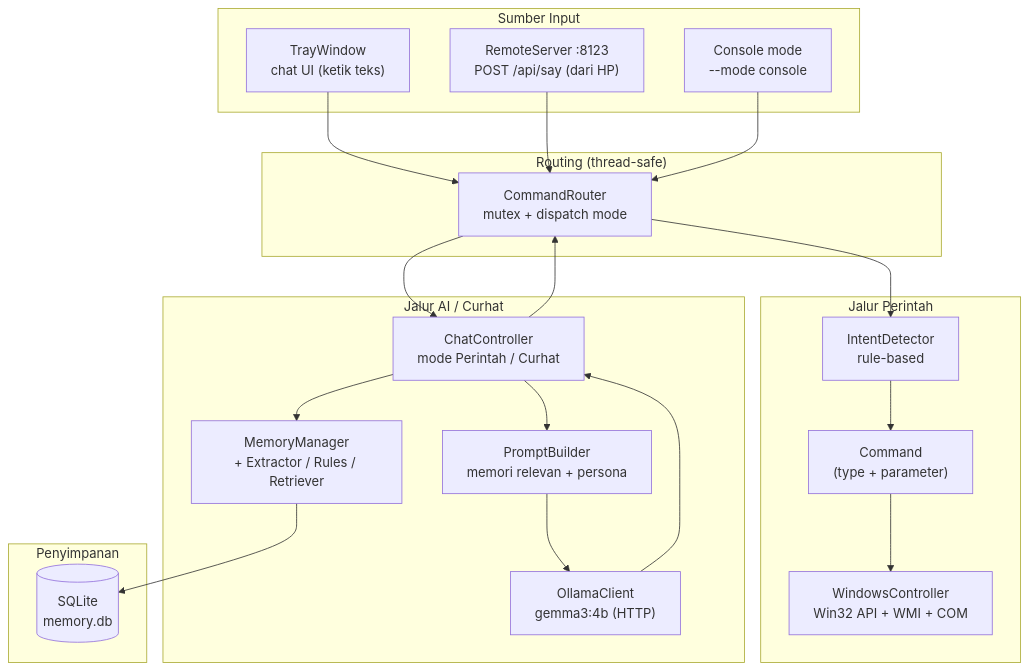
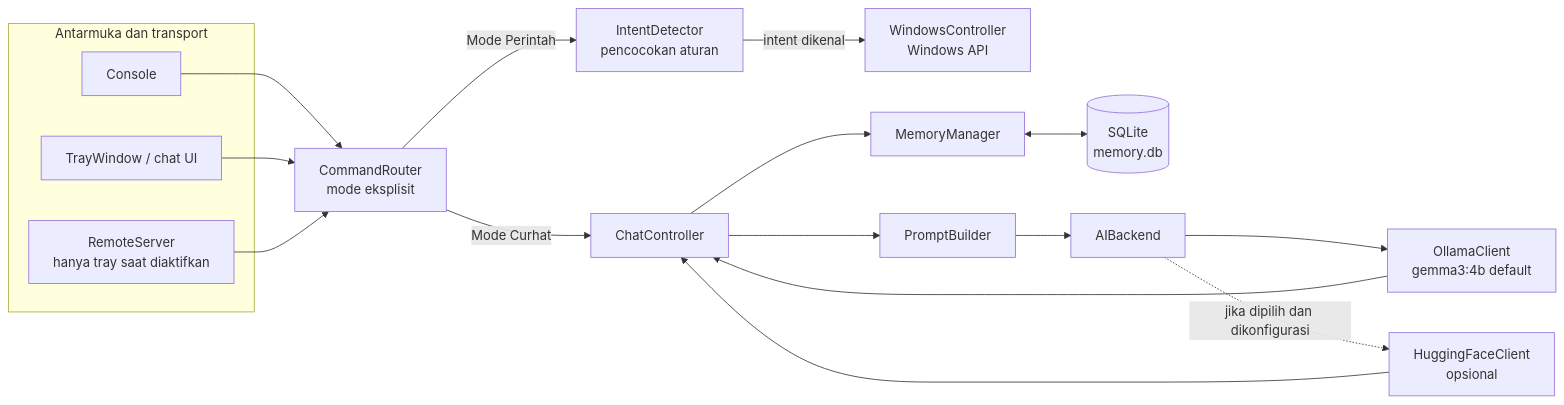
The diagram in README.md (ramjitampan/Istriku), drawn with Mermaid before and after one commit. The commit also changed other lines of this file, not shown here.

````diff
--- a/README.md
+++ b/README.md
@@ -41,46 +50,34 @@
 ```mermaid
-flowchart TB
-    subgraph INPUT["Sumber Input"]
-        TRAY["TrayWindow<br/>chat UI (ketik teks)"]
-        REMOTE["RemoteServer :8123<br/>POST /api/say (dari HP)"]
-        CONSOLE["Console mode<br/>--mode console"]
+flowchart LR
+    subgraph Entrypoints["Antarmuka dan transport"]
+        Console["Console"]
+        Tray["TrayWindow / chat UI"]
+        Remote["RemoteServer<br/>hanya tray saat diaktifkan"]
     end
 
-    subgraph ROUTING["Routing (thread-safe)"]
-        ROUTER["CommandRouter<br/>mutex + dispatch mode"]
-    end
+    Router["CommandRouter<br/>mode eksplisit"]
+    Intent["IntentDetector<br/>pencocokan aturan"]
+    Windows["WindowsController<br/>Windows API"]
+    Chat["ChatController"]
+    Prompt["PromptBuilder"]
+    Memory["MemoryManager"]
+    SQLite[("SQLite<br/>memory.db")]
+    Backend["AIBackend"]
+    Ollama["OllamaClient<br/>gemma3:4b default"]
+    HF["HuggingFaceClient<br/>opsional"]
 
-    subgraph COMMAND["Jalur Perintah"]
-        INTENT["IntentDetector<br/>rule-based"]
-        WIN["WindowsController<br/>Win32 API + WMI + COM"]
-        CMD["Command<br/>(type + parameter)"]
-    end
-
-    subgraph AI["Jalur AI / Curhat"]
-        CHAT["ChatController<br/>mode Perintah / Curhat"]
-        MEM["MemoryManager<br/>+ Extractor / Rules / Retriever"]
-        PROMPT["PromptBuilder<br/>memori relevan + persona"]
-        OLLAMA["OllamaClient<br/>gemma3:4b (HTTP)"]
-    end
-
-    subgraph STORE["Penyimpanan"]
-        DB[("SQLite<br/>memory.db")]
-    end
-
-    TRAY --> ROUTER
-    REMOTE --> ROUTER
-    CONSOLE --> ROUTER
-
-    ROUTER --> INTENT
-    INTENT --> CMD
-    CMD --> WIN
-
-    ROUTER --> CHAT
-    CHAT --> MEM
-    MEM --> DB
-    CHAT --> PROMPT
-    PROMPT --> OLLAMA
-    OLLAMA --> CHAT
-
-    CHAT --> ROUTER
+    Console --> Router
+    Tray --> Router
+    Remote --> Router
+    Router -->|"Mode Perintah"| Intent
+    Intent -->|"intent dikenal"| Windows
+    Router -->|"Mode Curhat"| Chat
+    Chat --> Prompt
+    Chat --> Memory
+    Memory <--> SQLite
+    Prompt --> Backend
+    Backend --> Ollama
+    Backend -. "jika dipilih dan dikonfigurasi" .-> HF
+    Ollama --> Chat
+    HF --> Chat
 ```
````
